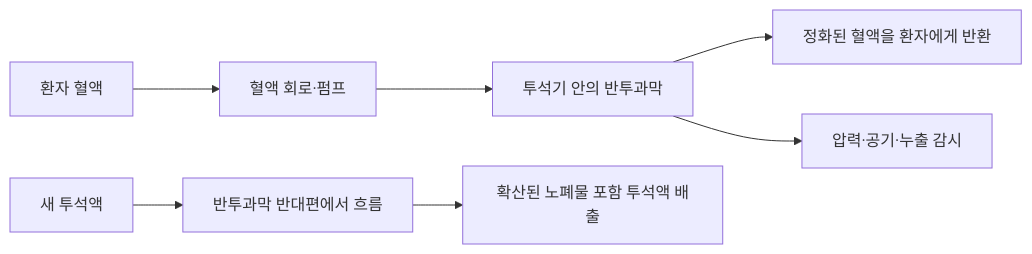
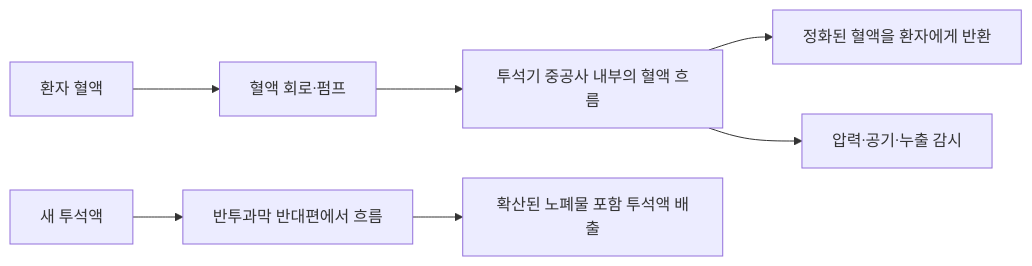
Before and after one commit to yoonip/engineering-notes: the diagram in 장애를극복하는기술_disability-technology/07-신장장애_kidney-support.md, drawn with Mermaid. The commit also changed other lines of this file and 11 other files, not shown here.

````diff
--- a/장애를극복하는기술_disability-technology/07-신장장애_kidney-support.md
+++ b/장애를극복하는기술_disability-technology/07-신장장애_kidney-support.md
@@ -43,9 +43,9 @@
 ```mermaid
 flowchart LR
     A[환자 혈액] --> B[혈액 회로·펌프]
-    B --> C[투석기 안의 반투과막]
+    B --> C[투석기 중공사 내부의 혈액 흐름]
     C --> D[정화된 혈액을 환자에게 반환]
     E[새 투석액] --> F[반투과막 반대편에서 흐름]
     F --> G[확산된 노폐물 포함 투석액 배출]
     C --> H[압력·공기·누출 감시]
 ```
````
